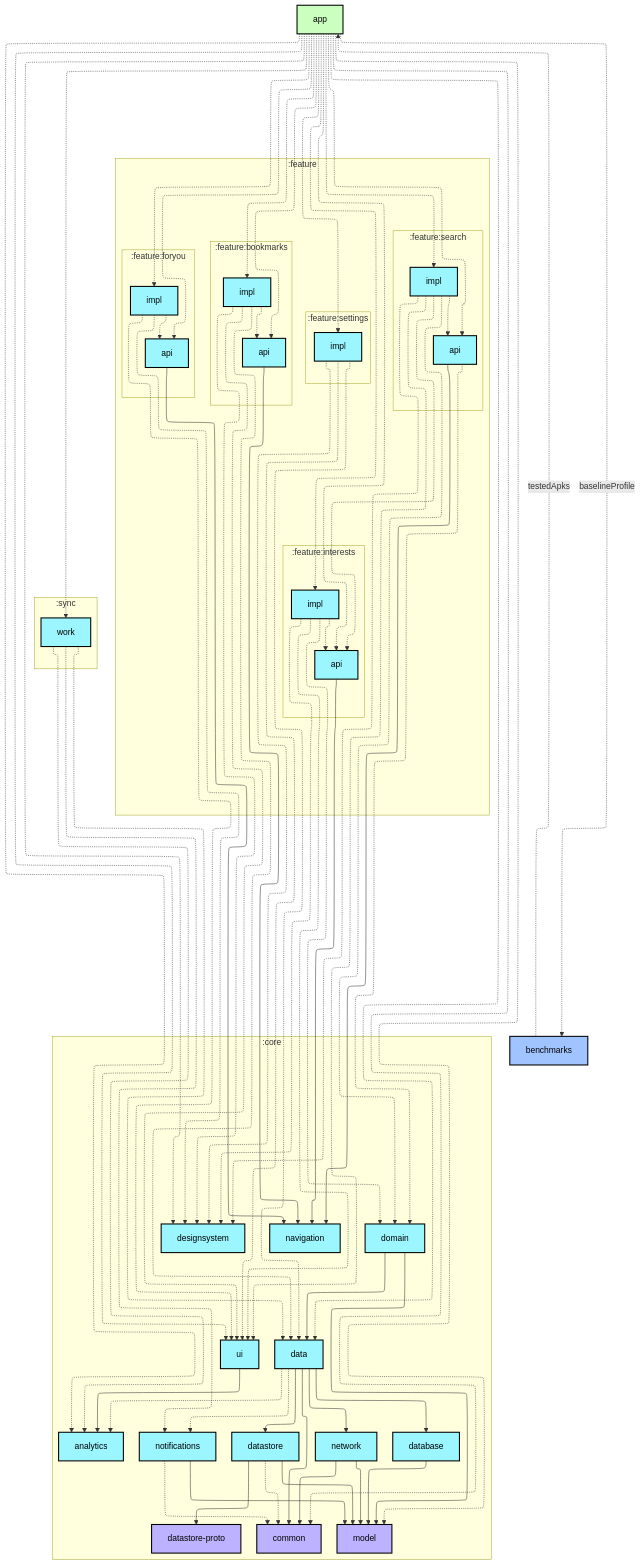
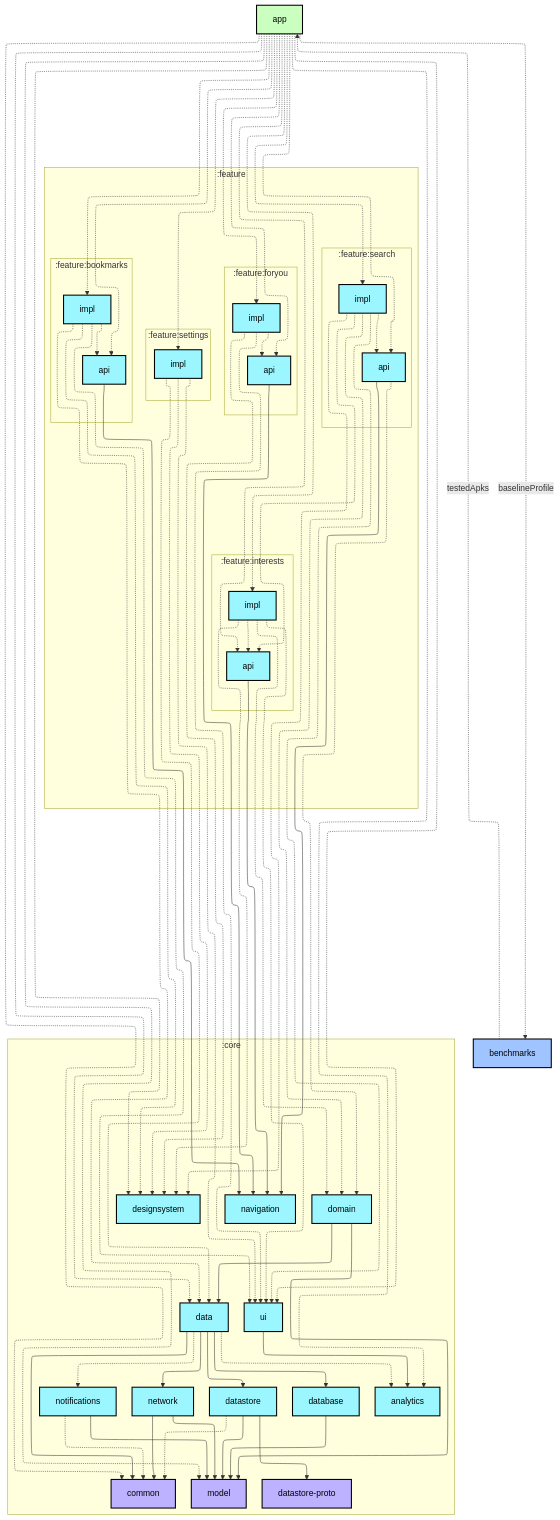
The first of 2 diagrams in app/README.md (weiyuhl/nowinandroidtest), drawn with Mermaid before and after one commit. The commit also changed 31 other files, not shown here.

```diff
--- a/app/README.md
+++ b/app/README.md
@@ -37,10 +37,6 @@
       :feature:interests:api[api]:::android-library
       :feature:interests:impl[impl]:::android-library
     end
-  end
-  subgraph :sync
-    direction TB
-    :sync:work[work]:::android-library
   end
   subgraph :core
     direction TB
@@ -77,7 +73,6 @@
   :app -.-> :feature:search:api
   :app -.-> :feature:search:impl
   :app -.-> :feature:settings:impl
-  :app -.-> :sync:work
   :benchmarks -.->|testedApks| :app
   :core:data -.-> :core:analytics
   :core:data --> :core:common
@@ -120,10 +115,6 @@
   :feature:settings:impl -.-> :core:data
   :feature:settings:impl -.-> :core:designsystem
   :feature:settings:impl -.-> :core:ui
-  :sync:work -.-> :core:analytics
-  :sync:work -.-> :core:data
-  :sync:work -.-> :core:notifications
-
 classDef android-application fill:#CAFFBF,stroke:#000,stroke-width:2px,color:#000;
 classDef android-feature fill:#FFD6A5,stroke:#000,stroke-width:2px,color:#000;
 classDef android-library fill:#9BF6FF,stroke:#000,stroke-width:2px,color:#000;
```
